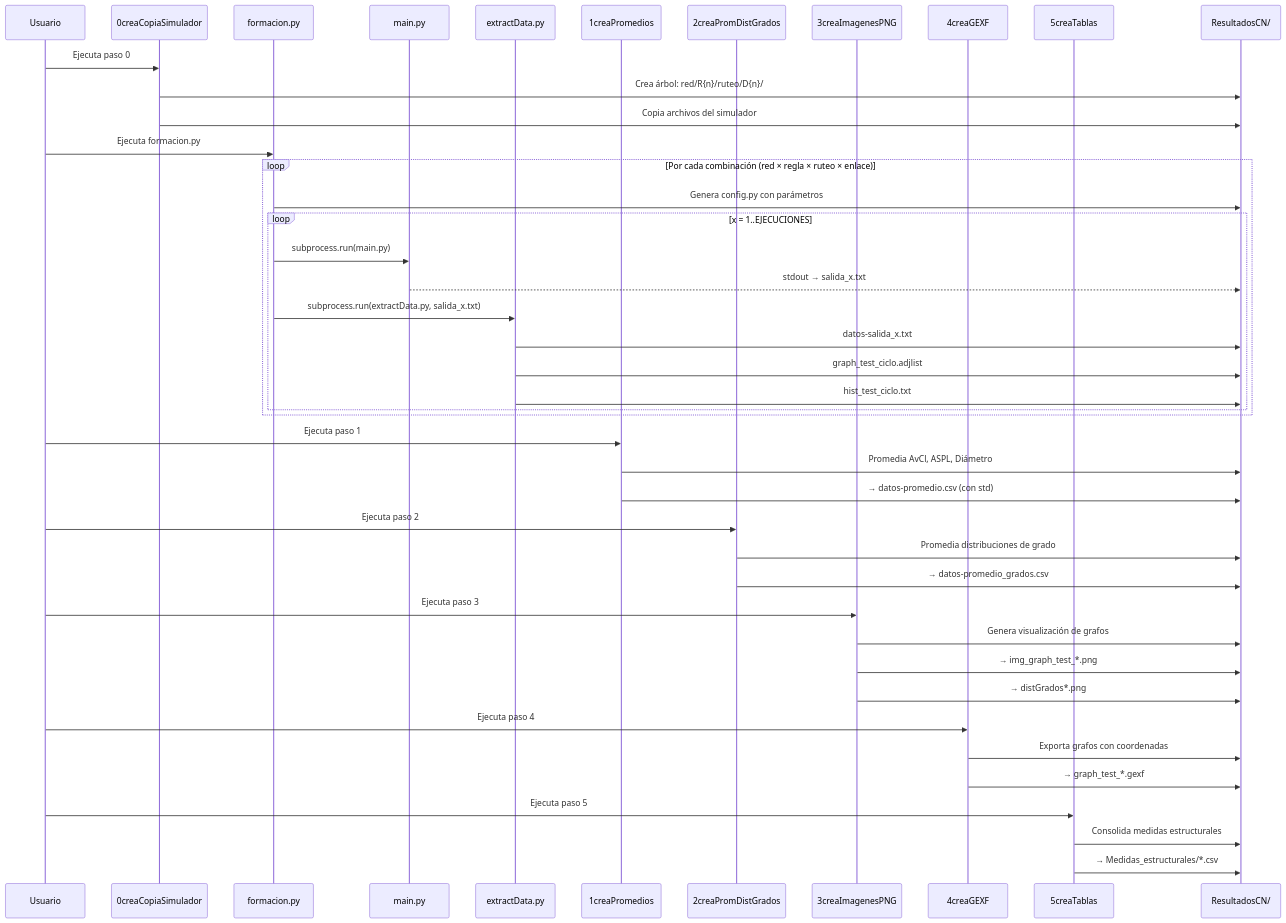
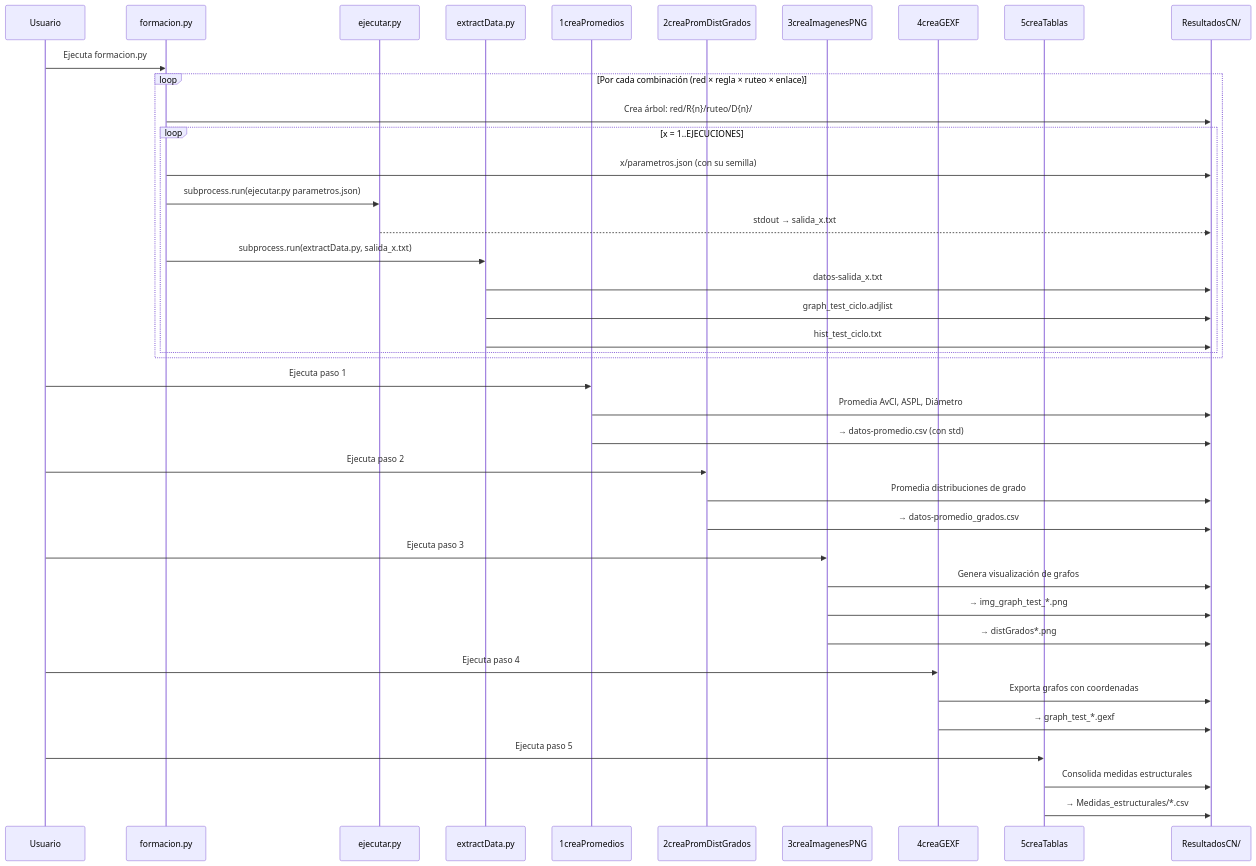
The sixth of 6 diagrams in README.md (netscience/rewiring), drawn with Mermaid before and after one commit. The commit also changed other lines of this file and 16 other files, not shown here.

````diff
--- a/README.md
+++ b/README.md
@@ -638,53 +640,49 @@
 ```mermaid
 sequenceDiagram
     participant U as Usuario
-    participant S0 as 0creaCopiaSimulador
     participant F as formacion.py
-    participant Main as main.py
+    participant Main as ejecutar.py
     participant ED as extractData.py
     participant S1 as 1creaPromedios
     participant S2 as 2creaPromDistGrados
     participant S3 as 3creaImagenesPNG
     participant S4 as 4creaGEXF
     participant S5 as 5creaTablas
     participant FS as ResultadosCN/
 
-    U->>S0: Ejecuta paso 0
-    S0->>FS: Crea árbol: red/R{n}/ruteo/D{n}/
-    S0->>FS: Copia archivos del simulador
-
     U->>F: Ejecuta formacion.py
     
     loop Por cada combinación (red × regla × ruteo × enlace)
-        F->>FS: Genera config.py con parámetros
+        F->>FS: Crea árbol: red/R{n}/ruteo/D{n}/
         loop x = 1..EJECUCIONES
-            F->>Main: subprocess.run(main.py)
+            F->>FS: x/parametros.json (con su semilla)
+            F->>Main: subprocess.run(ejecutar.py parametros.json)
             Main-->>FS: stdout → salida_x.txt
             F->>ED: subprocess.run(extractData.py, salida_x.txt)
             ED->>FS: datos-salida_x.txt
             ED->>FS: graph_test_ciclo.adjlist
             ED->>FS: hist_test_ciclo.txt
         end
     end
 
     U->>S1: Ejecuta paso 1
     S1->>FS: Promedia AvCl, ASPL, Diámetro
     S1->>FS: → datos-promedio.csv (con std)
 
     U->>S2: Ejecuta paso 2
     S2->>FS: Promedia distribuciones de grado
     S2->>FS: → datos-promedio_grados.csv
 
     U->>S3: Ejecuta paso 3
     S3->>FS: Genera visualización de grafos
     S3->>FS: → img_graph_test_*.png
     S3->>FS: → distGrados*.png
 
     U->>S4: Ejecuta paso 4
     S4->>FS: Exporta grafos con coordenadas
     S4->>FS: → graph_test_*.gexf
 
     U->>S5: Ejecuta paso 5
     S5->>FS: Consolida medidas estructurales
     S5->>FS: → Medidas_estructurales/*.csv
 ```
````
